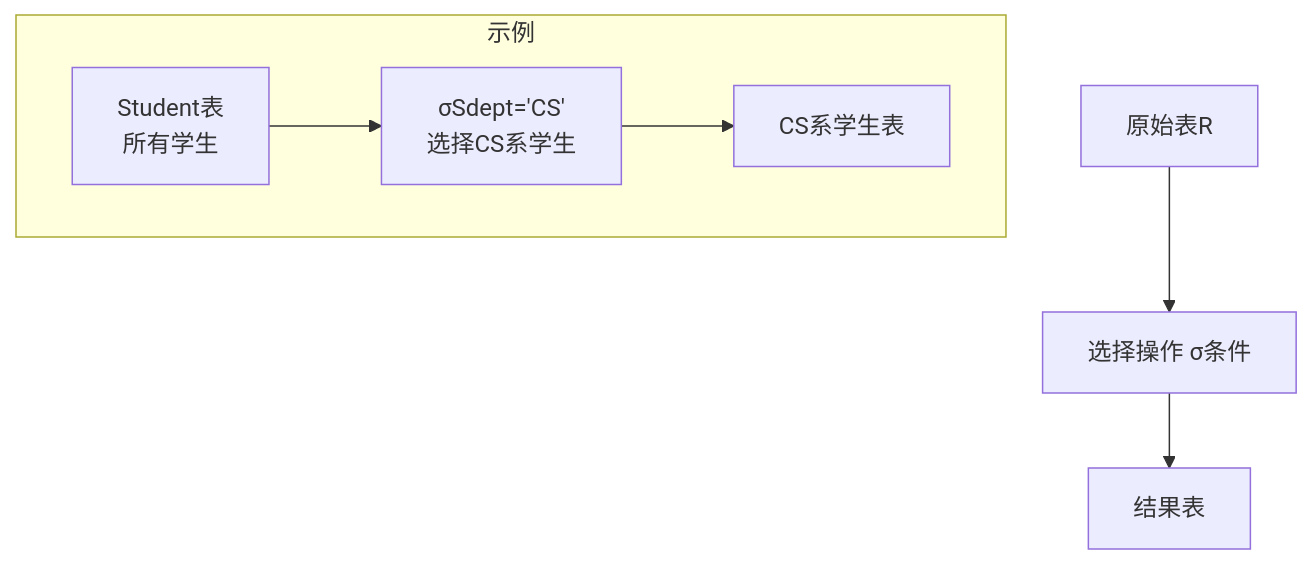
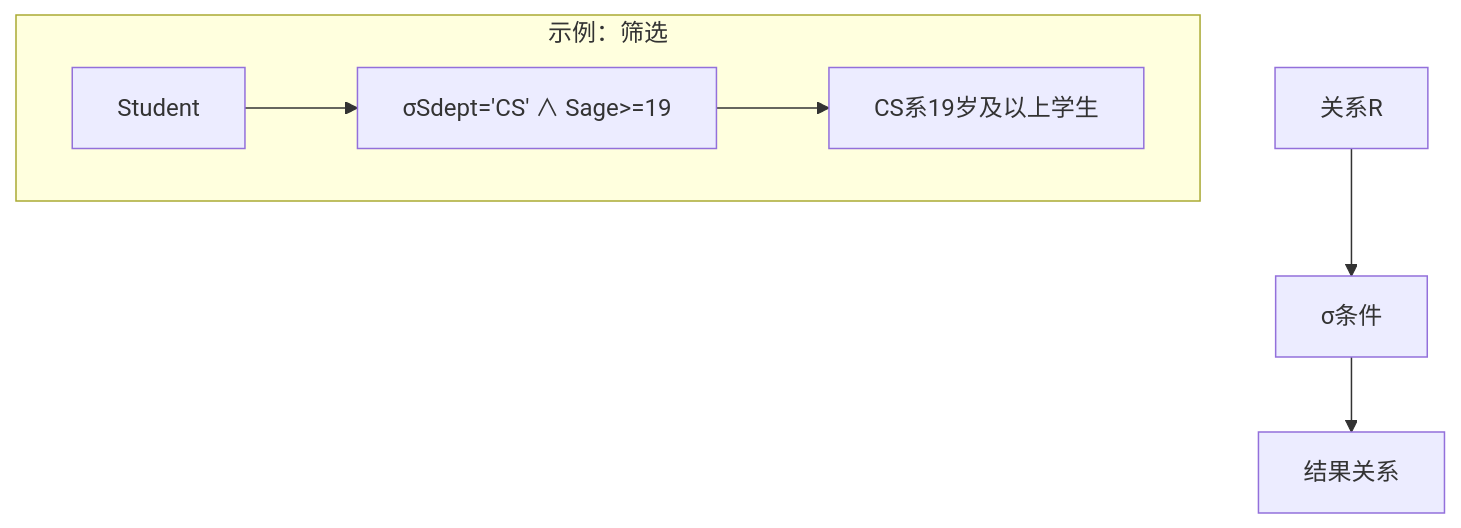
Before and after one commit to guangxiangdebizi/Year3-Sem1-Computer-Science-Notes: the seventh of 13 diagrams in 数据库原理/第2章_关系数据库.md, drawn with Mermaid. The commit also changed other lines of this file, not shown here.

````diff
--- a/数据库原理/第2章_关系数据库.md
+++ b/数据库原理/第2章_关系数据库.md
@@ -210,10 +243,11 @@
 ```mermaid
 graph TD
-    A[原始表R] --> B[选择操作 σ条件]
-    B --> C[结果表]
-    
-    subgraph "示例"
-        D[Student表<br/>所有学生] --> E[σSdept='CS'<br/>选择CS系学生]
-        E --> F[CS系学生表]
+    M[关系R] --> N[σ条件]
+    N --> O[结果关系]
+
+    subgraph "示例：筛选" 
+        P[Student]
+        P --> Q[σSdept='CS' ∧ Sage>=19]
+        Q --> R[CS系19岁及以上学生]
     end
 ```
````
